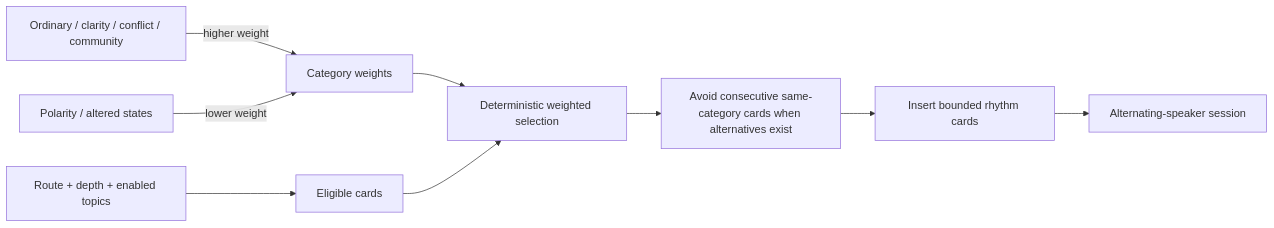
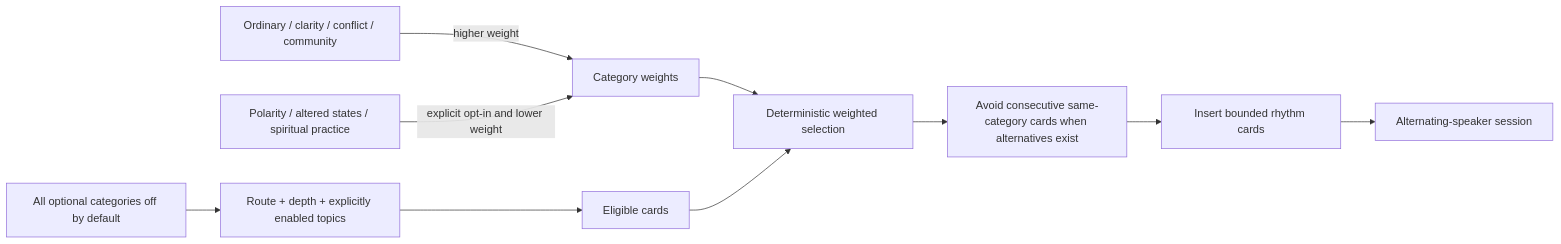
The fifth of 7 diagrams in product-architectures/love-honestly-card-game/ARCHITECTURE.md (u-dont-existDOTcom/joel-articles), drawn with Mermaid before and after one commit. The commit also changed other lines of this file, not shown here.

Commit message:
docs: update Love Honestly architecture to v0.3.0

````diff
--- a/product-architectures/love-honestly-card-game/ARCHITECTURE.md
+++ b/product-architectures/love-honestly-card-game/ARCHITECTURE.md
@@ -115,12 +94,13 @@
 ```mermaid
 flowchart LR
-    FILTER["Route + depth + enabled topics"] --> POOL["Eligible cards"]
+    FILTER["Route + depth + explicitly enabled topics"] --> POOL["Eligible cards"]
     WEIGHT["Category weights"] --> PICK["Deterministic weighted selection"]
     POOL --> PICK
     PICK --> VARIETY["Avoid consecutive same-category cards when alternatives exist"]
     VARIETY --> RHYTHM["Insert bounded rhythm cards"]
     RHYTHM --> SESSION["Alternating-speaker session"]
 
     ORD["Ordinary / clarity / conflict / community"] -->|"higher weight"| WEIGHT
-    OPTIONAL["Polarity / altered states"] -->|"lower weight"| WEIGHT
+    OPTIONAL["Polarity / altered states / spiritual practice"] -->|"explicit opt-in and lower weight"| WEIGHT
+    DEFAULTS["All optional categories off by default"] --> FILTER
 ```
````
